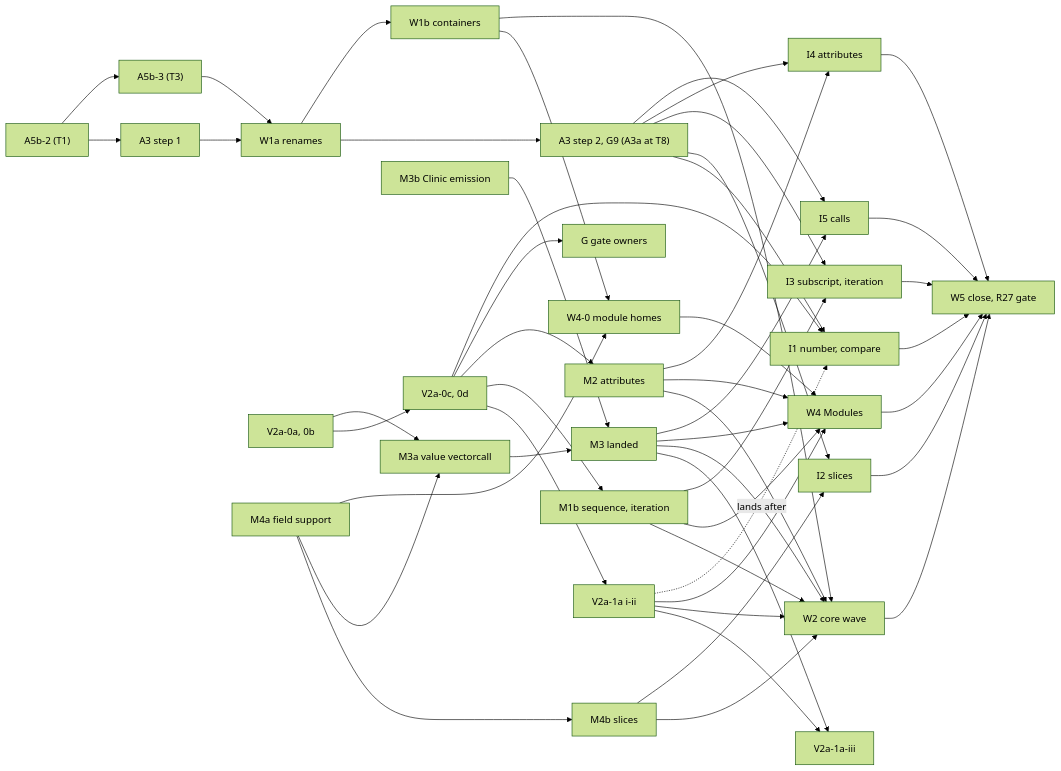
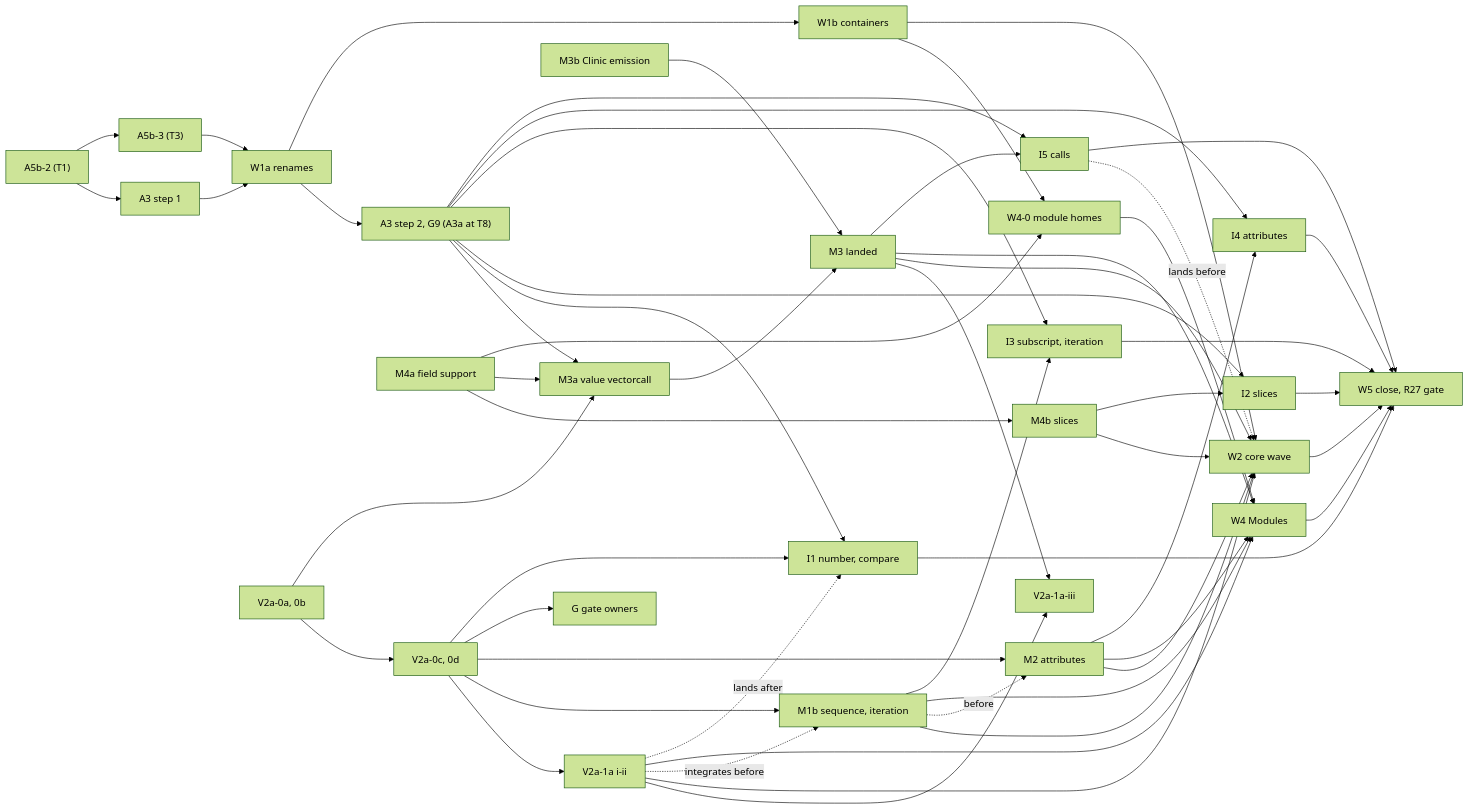
One commit to rjpower/cpython changed the second of 2 diagrams in pyjit/design/proposals/value-api-v2a0.md. Above: the diagram before and after it, drawn with Mermaid (forest theme). The commit also changed other lines of this file and 3 other files, not shown here.

````diff
--- a/pyjit/design/proposals/value-api-v2a0.md
+++ b/pyjit/design/proposals/value-api-v2a0.md
@@ -323,23 +331,25 @@
 ```mermaid
 flowchart LR
     A52["A5b-2 (T1)"] --> A31["A3 step 1"]
     A52 --> A5["A5b-3 (T3)"]
     A5 & A31 --> W1a["W1a renames"] --> A32["A3 step 2, G9 (A3a at T8)"]
     V0a["V2a-0a, 0b"] --> V0["V2a-0c, 0d"]
     M4a["M4a field support"] --> M4b["M4b slices"]
-    V0a & M4a --> M3a["M3a value vectorcall"]
+    V0a & M4a & A32 --> M3a["M3a value vectorcall"]
     M3a & M3b["M3b Clinic emission"] --> M3["M3 landed"]
     V0 --> V1a["V2a-1a i-ii"] & M1b["M1b sequence, iteration"] & M2["M2 attributes"] & G["G gate owners"]
     M3 & V1a --> V1c["V2a-1a-iii"]
     W1a --> W1b["W1b containers"]
     M4a & W1b --> W40["W4-0 module homes"]
     V1a & M1b & M2 & M3 & M4b & W1b --> W2["W2 core wave"]
+    I5 -. lands before .-> W2
+    V1a -. integrates before .-> M1b -. before .-> M2
     V1a & M1b & M2 & M3 & W40 --> W4["W4 Modules"]
     A32 & V0 --> I1["I1 number, compare"]
     V1a -. lands after .-> I1
     A32 & M4b --> I2["I2 slices"]
     A32 & M1b --> I3["I3 subscript, iteration"]
     A32 & M2 --> I4["I4 attributes"]
     A32 & M3 --> I5["I5 calls"]
     W2 & W4 & I1 & I2 & I3 & I4 & I5 --> W5["W5 close, R27 gate"]
 ```
````
